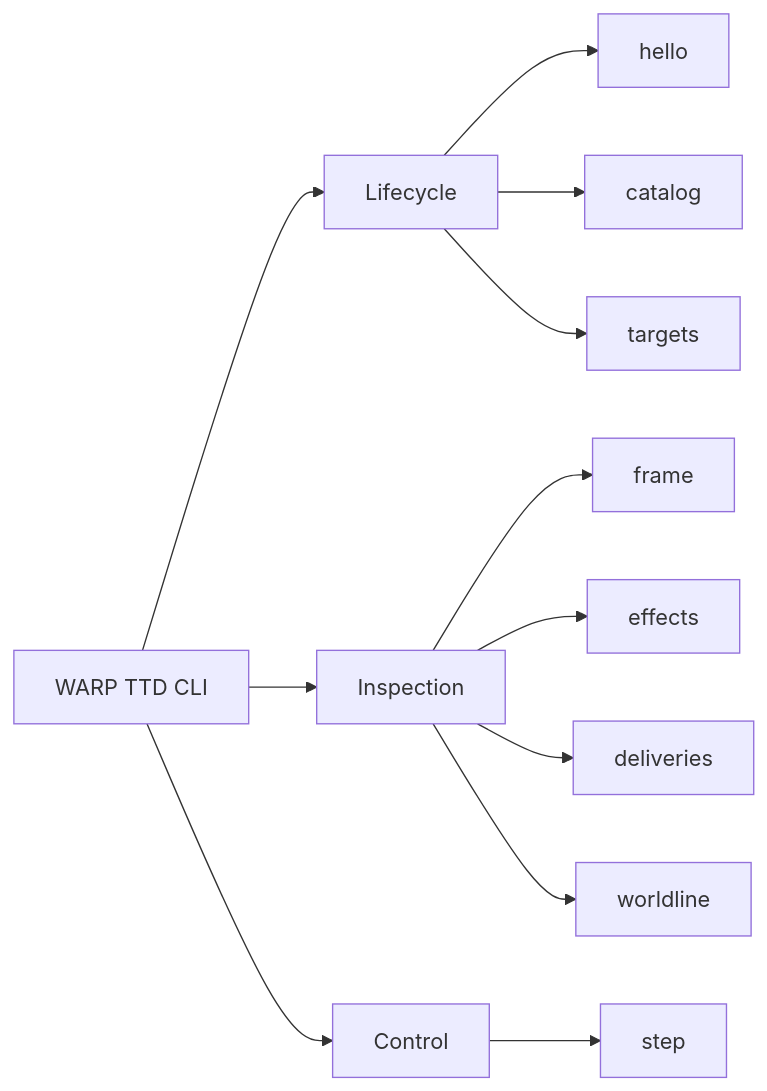
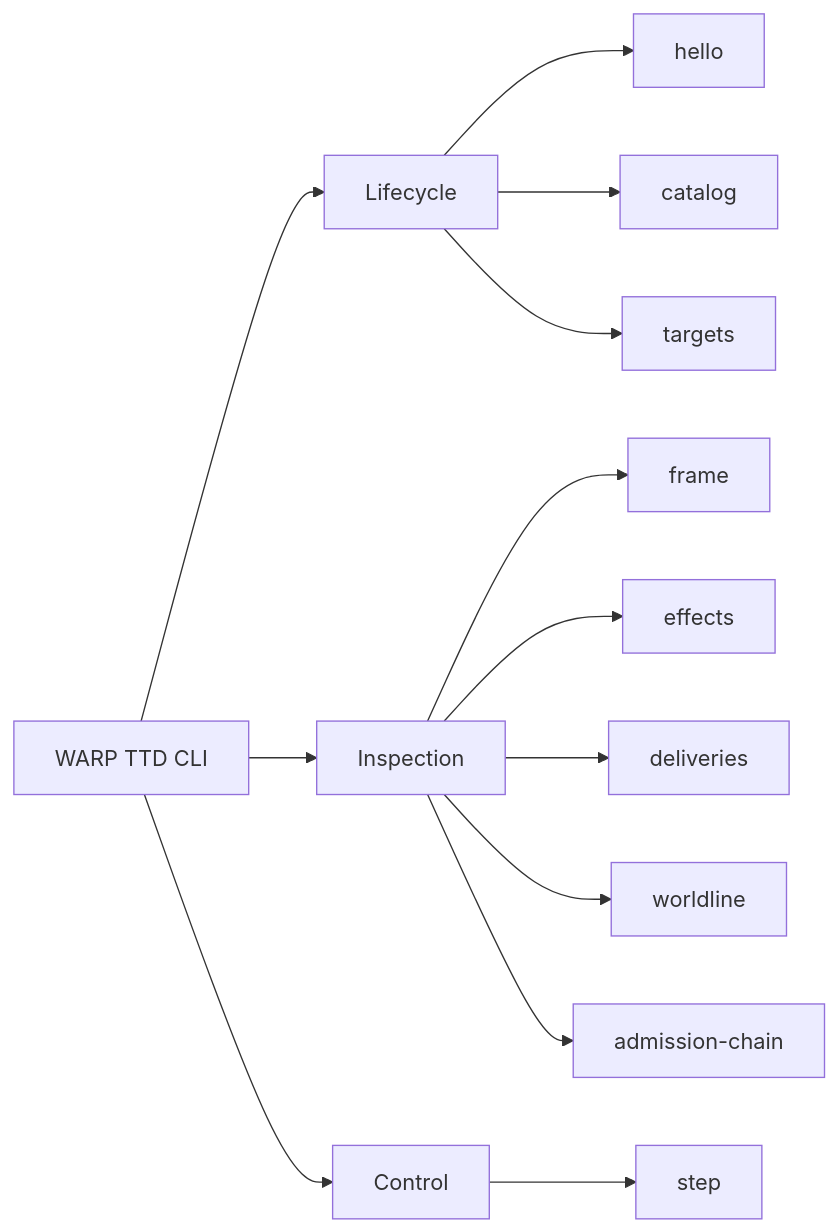
One commit to flyingrobots/warp-ttd changed the diagram in docs/CLI.md. Above: the diagram before and after it, drawn with Mermaid. The commit also changed other lines of this file and 6 other files, not shown here.

Commit message:
feat(cli): expose admission-chain read model

````diff
--- a/docs/CLI.md
+++ b/docs/CLI.md
@@ -6,14 +6,15 @@
 ```mermaid
 flowchart LR
     A[WARP TTD CLI] --> B[Lifecycle]
     A --> C[Inspection]
     A --> D[Control]
     B --> B1[hello]
     B --> B2[catalog]
     B --> B3[targets]
     C --> C1[frame]
     C --> C2[effects]
     C --> C3[deliveries]
     C --> C4[worldline]
+    C --> C5[admission-chain]
     D --> D1[step]
 ```
````
